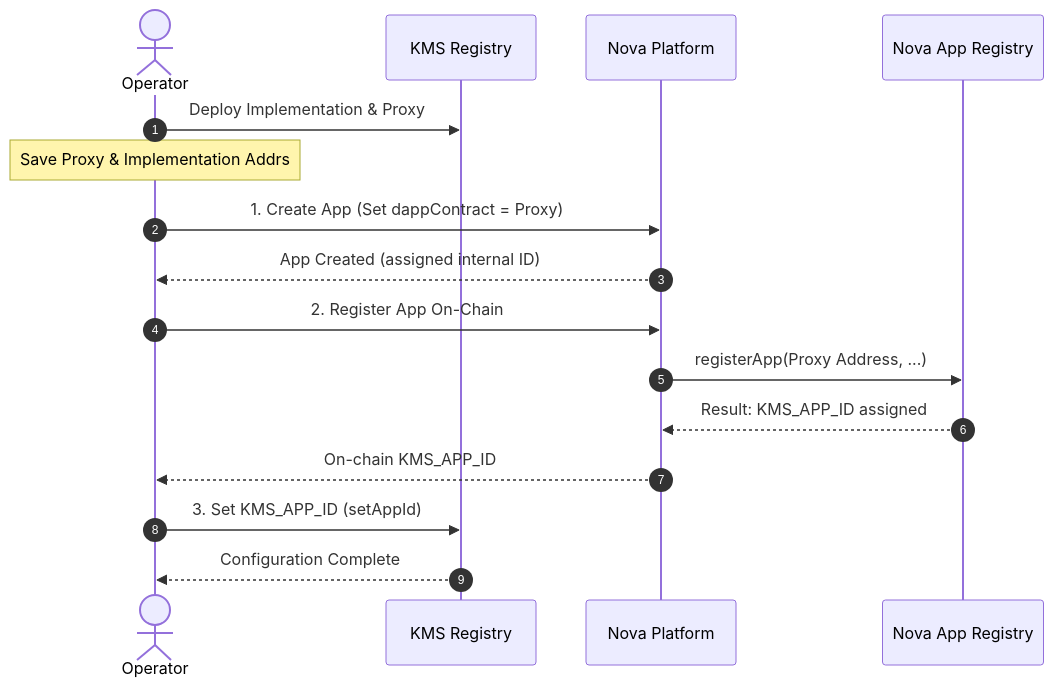
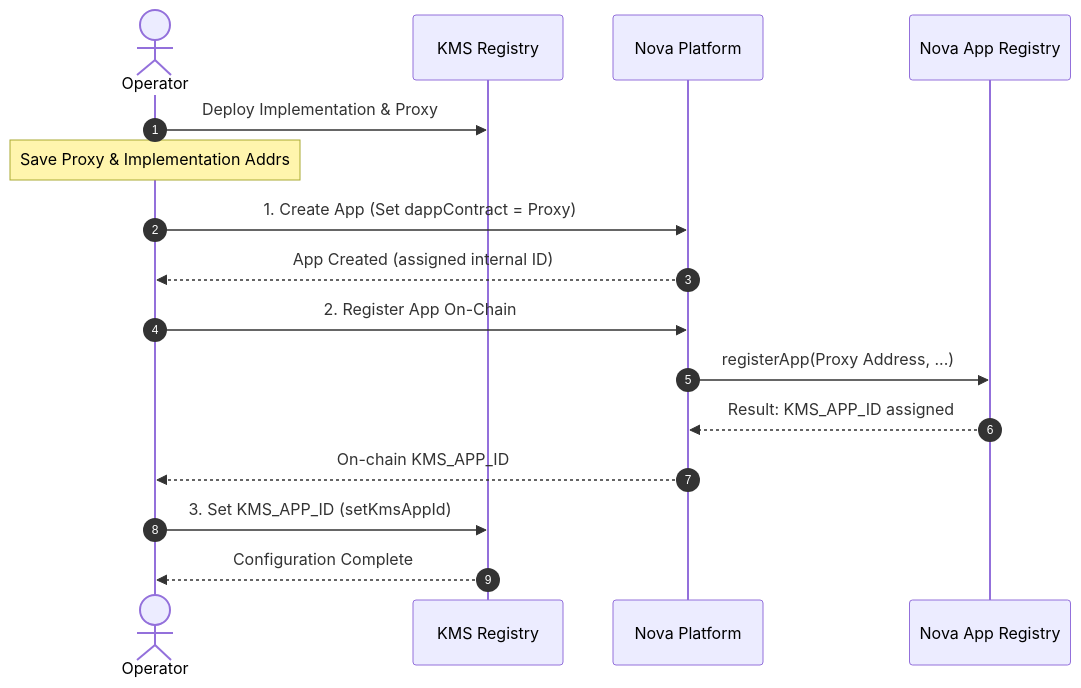
One commit to sparsity-xyz/nova-kms changed the first of 5 diagrams in docs/kms-core-workflows.md. Above: the diagram before and after it, drawn with Mermaid. The commit also changed other lines of this file and 17 other files, not shown here.

````diff
--- a/docs/kms-core-workflows.md
+++ b/docs/kms-core-workflows.md
@@ -29,22 +29,22 @@
 ```mermaid
 sequenceDiagram
     autonumber
     actor Operator
     participant KMSReg as KMS Registry
     participant Platform as Nova Platform
     participant AppReg as Nova App Registry
 
     Operator->>KMSReg: Deploy Implementation & Proxy
     Note over Operator: Save Proxy & Implementation Addrs
     
     Operator->>Platform: 1. Create App (Set dappContract = Proxy)
     Platform-->>Operator: App Created (assigned internal ID)
     
     Operator->>Platform: 2. Register App On-Chain
     Platform->>AppReg: registerApp(Proxy Address, ...)
     AppReg-->>Platform: Result: KMS_APP_ID assigned
     Platform-->>Operator: On-chain KMS_APP_ID
     
-    Operator->>KMSReg: 3. Set KMS_APP_ID (setAppId)
+    Operator->>KMSReg: 3. Set KMS_APP_ID (setKmsAppId)
     KMSReg-->>Operator: Configuration Complete
 ```
````
